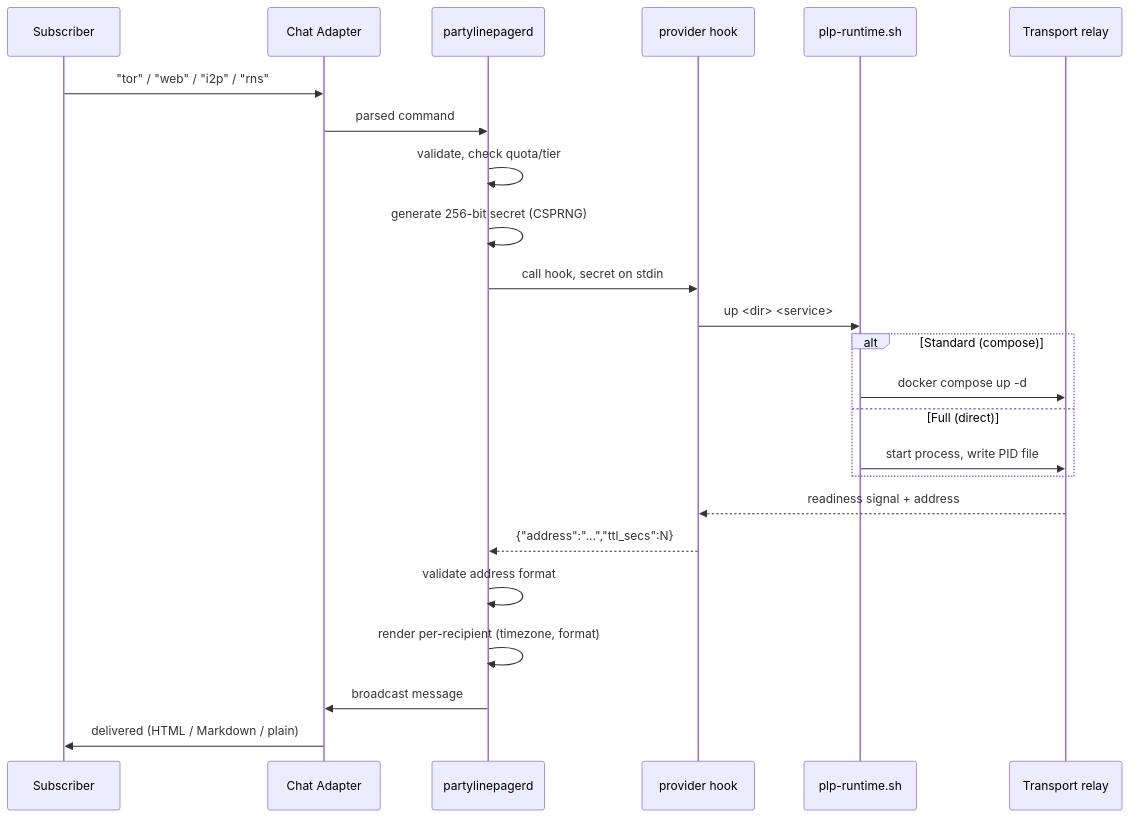
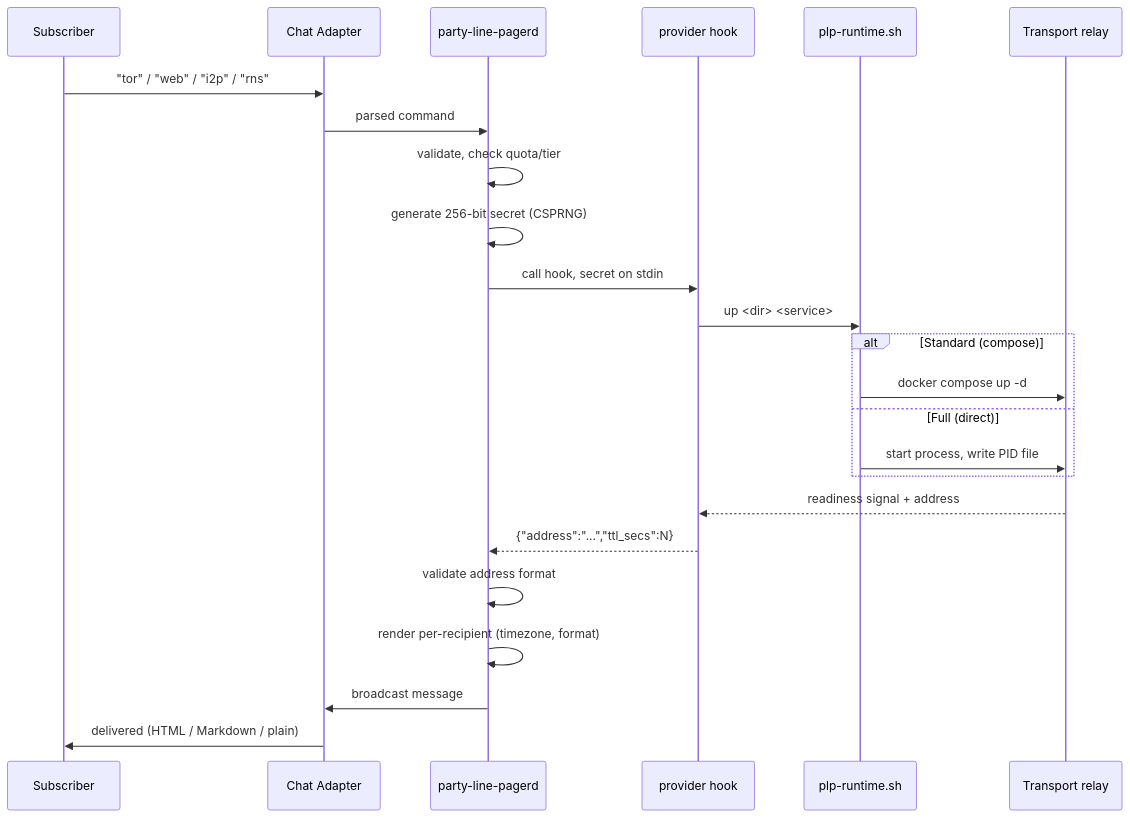
The second of 3 diagrams in docs/development/architecture-detail.md (MarcusHoltz/party-line-pager), drawn with Mermaid before and after one commit. The commit also changed other lines of this file and 172 other files, not shown here.

````diff
--- a/docs/development/architecture-detail.md
+++ b/docs/development/architecture-detail.md
@@ -58,27 +58,27 @@
 ``` mermaid
 sequenceDiagram
   participant Sub as Subscriber
   participant Adapter as Chat Adapter
-  participant Daemon as partylinepagerd
+  participant Daemon as party-line-pagerd
   participant Hook as provider hook
   participant Shim as plp-runtime.sh
   participant Relay as Transport relay
 
   Sub->>Adapter: "tor" / "web" / "i2p" / "rns"
   Adapter->>Daemon: parsed command
   Daemon->>Daemon: validate, check quota/tier
   Daemon->>Daemon: generate 256-bit secret (CSPRNG)
   Daemon->>Hook: call hook, secret on stdin
   Hook->>Shim: up <dir> <service>
   alt Standard (compose)
     Shim->>Relay: docker compose up -d
   else Full (direct)
     Shim->>Relay: start process, write PID file
   end
   Relay-->>Hook: readiness signal + address
   Hook-->>Daemon: {"address":"...","ttl_secs":N}
   Daemon->>Daemon: validate address format
   Daemon->>Daemon: render per-recipient (timezone, format)
   Daemon->>Adapter: broadcast message
   Adapter->>Sub: delivered (HTML / Markdown / plain)
 ```
````
